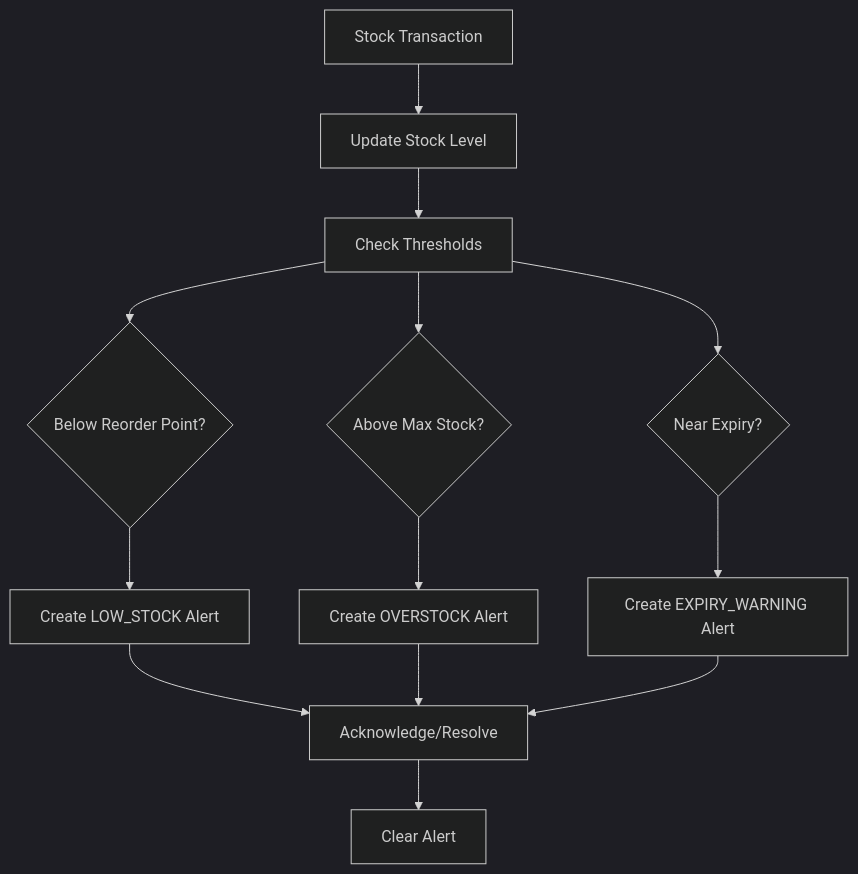
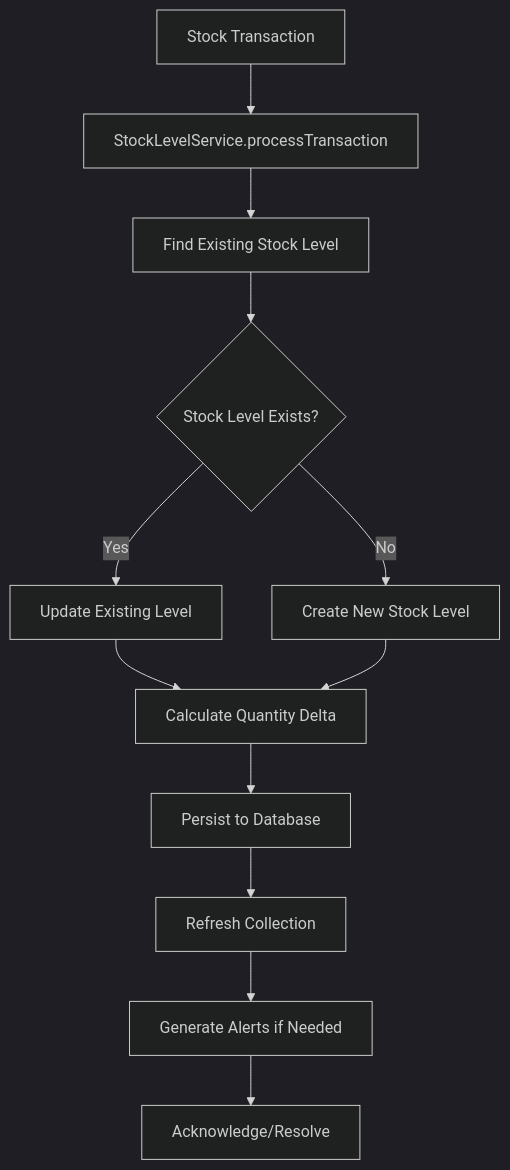
One commit to geniusdynamics/schoolpilot changed the seventh of 9 diagrams in .qoder/repowiki/en/content/Modules System/Inventory Module.md. Above: the diagram before and after it, drawn with Mermaid (dark theme). The commit also changed other lines of this file and 21 other files, not shown here.

````diff
--- a/.qoder/repowiki/en/content/Modules System/Inventory Module.md
+++ b/.qoder/repowiki/en/content/Modules System/Inventory Module.md
@@ -657,15 +720,14 @@
 ```mermaid
 flowchart TD
-Txn[Stock Transaction] --> Update["Update Stock Level"]
-Update --> Check["Check Thresholds"]
-Check --> Low{"Below Reorder Point?"}
-Check --> High{"Above Max Stock?"}
-Check --> Expire{"Near Expiry?"}
-Low --> Alert1["Create LOW_STOCK Alert"]
-High --> Alert2["Create OVERSTOCK Alert"]
-Expire --> Alert3["Create EXPIRY_WARNING Alert"]
-Alert1 --> Ack["Acknowledge/Resolve"]
-Alert2 --> Ack
-Alert3 --> Ack
-Ack --> Clear["Clear Alert"]
+Txn[Stock Transaction] --> Service["StockLevelService.processTransaction"]
+Service --> Find["Find Existing Stock Level"]
+Find --> Exists{"Stock Level Exists?"}
+Exists --> |Yes| Update["Update Existing Level"]
+Exists --> |No| Create["Create New Stock Level"]
+Update --> Delta["Calculate Quantity Delta"]
+Create --> Delta
+Delta --> Persist["Persist to Database"]
+Persist --> Refresh["Refresh Collection"]
+Refresh --> Alert["Generate Alerts if Needed"]
+Alert --> Ack["Acknowledge/Resolve"]
 ```
````
